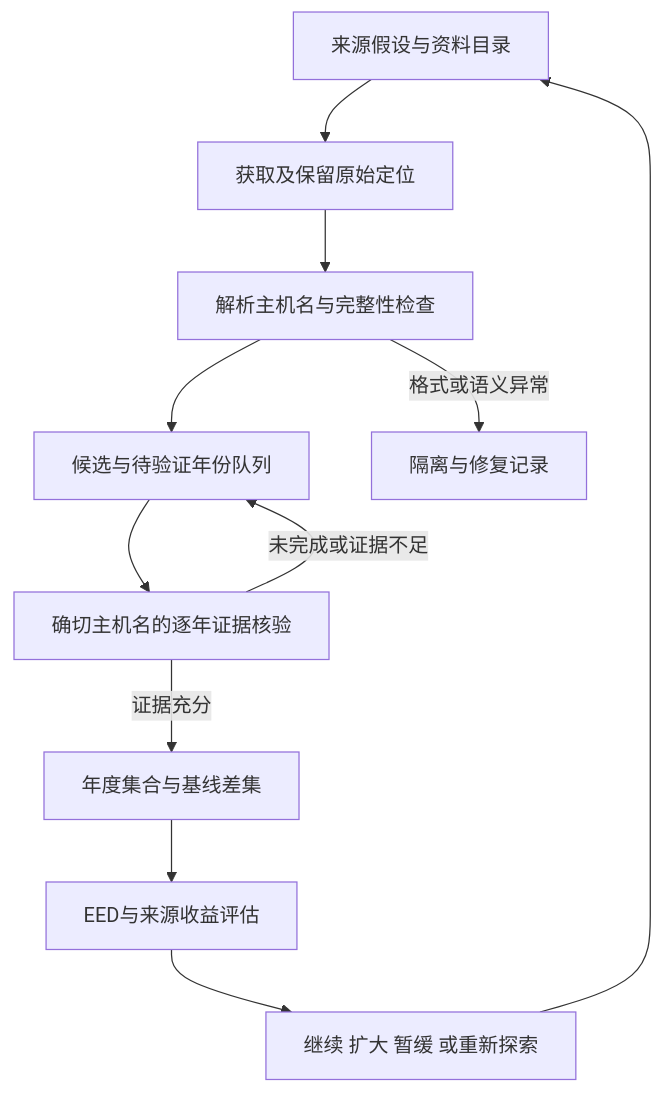
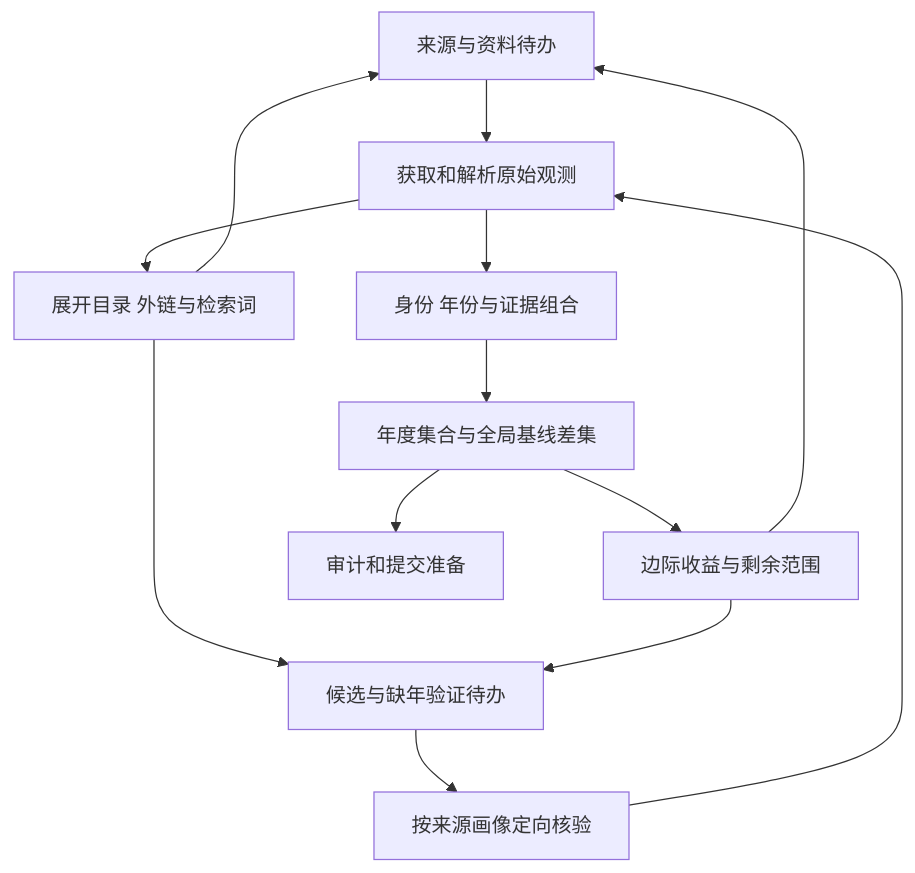
The diagram in docs/PROBLEM_DEFINITION.md (Qesire/Creeperman), drawn with Mermaid before and after one commit. The commit also changed other lines of this file and 4 other files, not shown here.

````diff
--- a/docs/PROBLEM_DEFINITION.md
+++ b/docs/PROBLEM_DEFINITION.md
@@ -78,13 +80,15 @@
 ```mermaid
 flowchart TD
-  A[来源假设与资料目录] --> B[获取及保留原始定位]
-  B --> C[解析主机名与完整性检查]
-  C --> D[候选与待验证年份队列]
-  D --> E[确切主机名的逐年证据核验]
-  E -->|证据充分| F[年度集合与基线差集]
-  E -->|未完成或证据不足| D
-  C -->|格式或语义异常| Q[隔离与修复记录]
-  F --> G[EED与来源收益评估]
-  G --> H[继续 扩大 暂缓 或重新探索]
-  H --> A
+  A[来源与资料待办] --> B[获取和解析原始观测]
+  B --> C[身份 年份与证据组合]
+  B --> X[展开目录 外链与检索词]
+  X --> A
+  X --> D[候选与缺年验证待办]
+  D --> E[按来源画像定向核验]
+  E --> B
+  C --> F[年度集合与全局基线差集]
+  F --> G[边际收益与剩余范围]
+  G --> A
+  G --> D
+  F --> Z[审计和提交准备]
 ```
````
